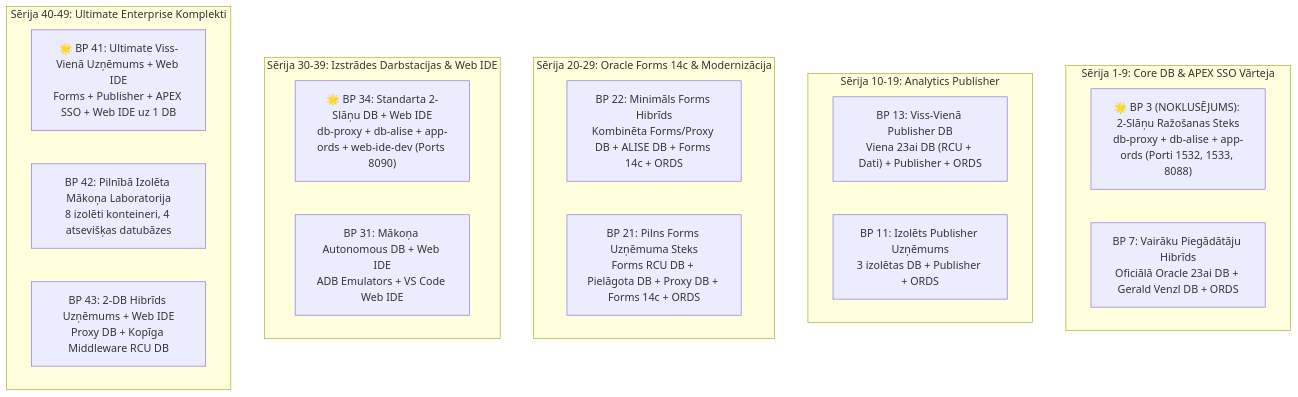
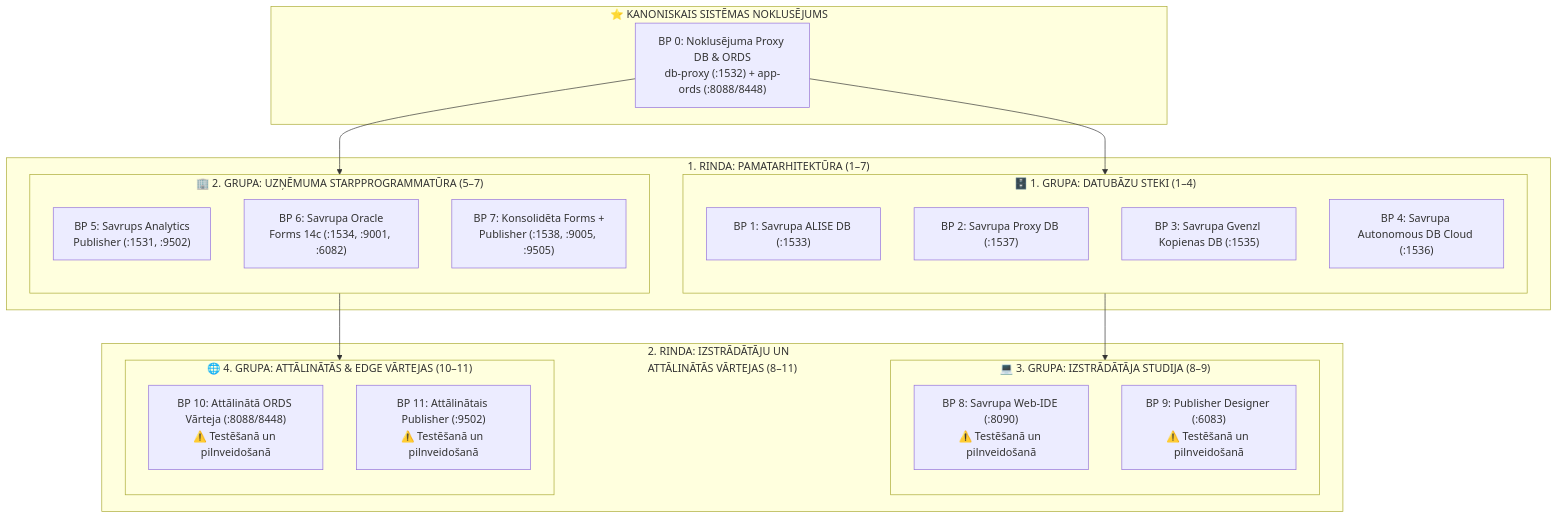
Before and after one commit to alahe/oracle-devops-platform: the second of 2 diagrams in docs/lv/README.md, drawn with Mermaid. The commit also changed other lines of this file and 412 other files, not shown here.

````diff
--- a/docs/lv/README.md
+++ b/docs/lv/README.md
@@ -144,28 +67,42 @@
 ```mermaid
-graph TD
-  subgraph Sērija 1-9: Core DB & APEX SSO Vārteja
-    BP3["🌟 BP 3 (NOKLUSĒJUMS): 2-Slāņu Ražošanas Steks<br/>db-proxy + db-alise + app-ords (Porti 1532, 1533, 8088)"]
-    BP7["BP 7: Vairāku Piegādātāju Hibrīds<br/>Oficiālā Oracle 23ai DB + Gerald Venzl DB + ORDS"]
-  end
+flowchart TD
+    subgraph Default ["⭐ KANONISKAIS SISTĒMAS NOKLUSĒJUMS"]
+        BP0["BP 0: Noklusējuma Proxy DB & ORDS<br/>db-proxy (:1532) + app-ords (:8088/8448)"]
+    end
 
-  subgraph Sērija 10-19: Analytics Publisher
-    BP13["BP 13: Viss-Vienā Publisher DB<br/>Viena 23ai DB (RCU + Dati) + Publisher + ORDS"]
-    BP11["BP 11: Izolēts Publisher Uzņēmums<br/>3 izolētas DB + Publisher + ORDS"]
-  end
+    subgraph Tier1 ["1. RINDA: PAMATARHITEKTŪRA (1–7)"]
+        subgraph DatabaseStacks ["🗄️ 1. GRUPA: DATUBĀZU STEKI (1–4)"]
+            direction TB
+            BP1["BP 1: Savrupa ALISE DB (:1533)"]
+            BP2["BP 2: Savrupa Proxy DB (:1537)"]
+            BP3["BP 3: Savrupa Gvenzl Kopienas DB (:1535)"]
+            BP4["BP 4: Savrupa Autonomous DB Cloud (:1536)"]
+        end
 
-  subgraph Sērija 20-29: Oracle Forms 14c & Modernizācija
-    BP22["BP 22: Minimāls Forms Hibrīds<br/>Kombinēta Forms/Proxy DB + ALISE DB + Forms 14c + ORDS"]
-    BP21["BP 21: Pilns Forms Uzņēmuma Steks<br/>Forms RCU DB + Pielāgota DB + Proxy DB + Forms 14c + ORDS"]
-  end
+        subgraph Middleware ["🏢 2. GRUPA: UZŅĒMUMA STARPPROGRAMMATŪRA (5–7)"]
+            direction TB
+            BP5["BP 5: Savrups Analytics<br/>Publisher (:1531, :9502)"]
+            BP6["BP 6: Savrupa Oracle<br/>Forms 14c (:1534, :9001, :6082)"]
+            BP7["BP 7: Konsolidēta Forms +<br/>Publisher (:1538, :9005, :9505)"]
+        end
+    end
 
-  subgraph Sērija 30-39: Izstrādes Darbstacijas & Web IDE
-    BP34["🌟 BP 34: Standarta 2-Slāņu DB + Web IDE<br/>db-proxy + db-alise + app-ords + web-ide-dev (Ports 8090)"]
-    BP31["BP 31: Mākoņa Autonomous DB + Web IDE<br/>ADB Emulators + VS Code Web IDE"]
-  end
+    subgraph Tier2 ["2. RINDA: IZSTRĀDĀTĀJU UN<br/>ATTĀLINĀTĀS VĀRTEJAS (8–11)"]
+        subgraph DeveloperStudio ["💻 3. GRUPA: IZSTRĀDĀTĀJA STUDIJA (8–9)"]
+            direction TB
+            BP8["BP 8: Savrupa Web-IDE (:8090)<br/>⚠️ Testēšanā un pilnveidošanā"]
+            BP9["BP 9: Publisher Designer (:6083)<br/>⚠️ Testēšanā un pilnveidošanā"]
+        end
 
-  subgraph Sērija 40-49: Ultimate Enterprise Komplekti
-    BP41["🌟 BP 41: Ultimate Viss-Vienā Uzņēmums + Web IDE<br/>Forms + Publisher + APEX SSO + Web IDE uz 1 DB"]
-    BP42["BP 42: Pilnībā Izolēta Mākoņa Laboratorija<br/>8 izolēti konteineri, 4 atsevišķas datubāzes"]
-    BP43["BP 43: 2-DB Hibrīds Uzņēmums + Web IDE<br/>Proxy DB + Kopīga Middleware RCU DB"]
-  end
+        subgraph RemoteGateways ["🌐 4. GRUPA: ATTĀLINĀTĀS & EDGE VĀRTEJAS (10–11)"]
+            direction TB
+            BP10["BP 10: Attālinātā ORDS Vārteja (:8088/8448)<br/>⚠️ Testēšanā un pilnveidošanā"]
+            BP11["BP 11: Attālinātais Publisher (:9502)<br/>⚠️ Testēšanā un pilnveidošanā"]
+        end
+    end
+
+    BP0 --> BP1
+    BP0 --> BP5
+    BP1 --> BP8
+    BP5 --> BP10
 ```
````
